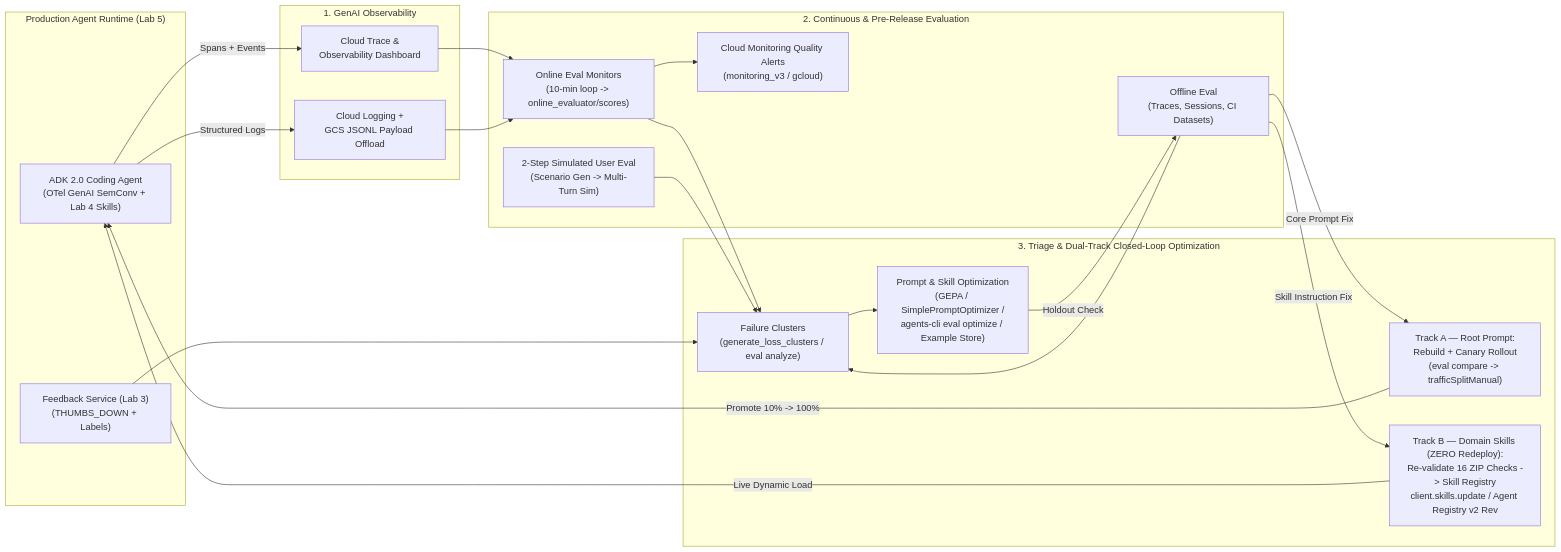
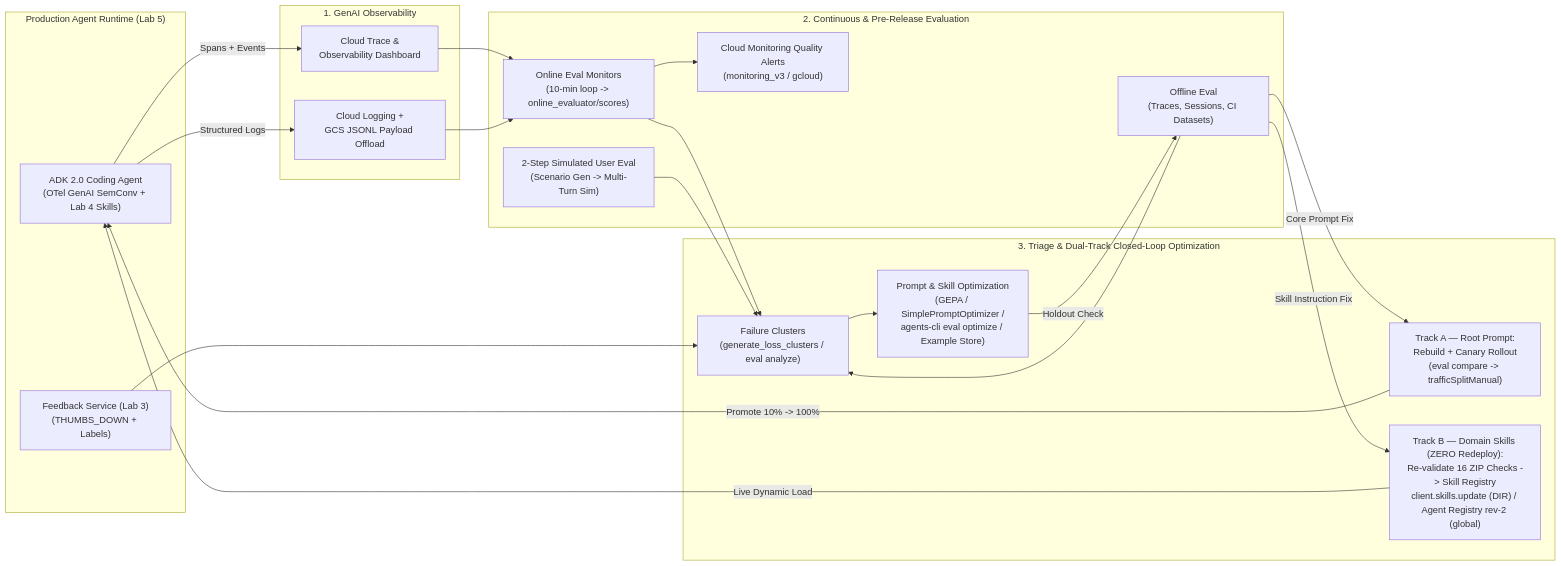
One commit to jiratouchmhp/coding-agent-workshop changed the diagram in workshop/06-LAB-OPTIMIZE-EVAL-AND-ALERTS.md. Above: the diagram before and after it, drawn with Mermaid. The commit also changed other lines of this file and 70 other files, not shown here.

````diff
--- a/workshop/06-LAB-OPTIMIZE-EVAL-AND-ALERTS.md
+++ b/workshop/06-LAB-OPTIMIZE-EVAL-AND-ALERTS.md
@@ -49,42 +49,42 @@
 ```mermaid
 flowchart LR
     subgraph Prod["Production Agent Runtime (Lab 5)"]
         Agent["ADK 2.0 Coding Agent<br/>(OTel GenAI SemConv + Lab 4 Skills)"]
         Feedback["Feedback Service (Lab 3)<br/>(THUMBS_DOWN + Labels)"]
     end
 
     subgraph Obs["1. GenAI Observability"]
         Trace["Cloud Trace &<br/>Observability Dashboard"]
         Logs["Cloud Logging +<br/>GCS JSONL Payload Offload"]
     end
 
     subgraph Eval["2. Continuous & Pre-Release Evaluation"]
         Online["Online Eval Monitors<br/>(10-min loop -> online_evaluator/scores)"]
         Alerts["Cloud Monitoring Quality Alerts<br/>(monitoring_v3 / gcloud)"]
         Offline["Offline Eval<br/>(Traces, Sessions, CI Datasets)"]
         Sim["2-Step Simulated User Eval<br/>(Scenario Gen -> Multi-Turn Sim)"]
     end
 
     subgraph Fix["3. Triage & Dual-Track Closed-Loop Optimization"]
         Clusters["Failure Clusters<br/>(generate_loss_clusters / eval analyze)"]
         Opt["Prompt & Skill Optimization<br/>(GEPA / SimplePromptOptimizer /<br/>agents-cli eval optimize / Example Store)"]
         Canary["Track A — Root Prompt:<br/>Rebuild + Canary Rollout<br/>(eval compare -> trafficSplitManual)"]
-        SkillHot["Track B — Domain Skills (ZERO Redeploy):<br/>Re-validate 16 ZIP Checks -> Skill Registry<br/>client.skills.update / Agent Registry v2 Rev"]
+        SkillHot["Track B — Domain Skills (ZERO Redeploy):<br/>Re-validate 16 ZIP Checks -> Skill Registry<br/>client.skills.update (DIR) / Agent Registry rev-2 (global)"]
     end
 
     Agent -->|"Spans + Events"| Trace
     Agent -->|"Structured Logs"| Logs
     Trace --> Online
     Logs --> Online
     Online --> Alerts
     Online --> Clusters
     Feedback --> Clusters
     Offline --> Clusters
     Sim --> Clusters
     Clusters --> Opt
     Opt -->|"Holdout Check"| Offline
     Offline -->|"Core Prompt Fix"| Canary
     Offline -->|"Skill Instruction Fix"| SkillHot
     Canary -->|"Promote 10% -> 100%"| Agent
     SkillHot -->|"Live Dynamic Load"| Agent
 ```
````
